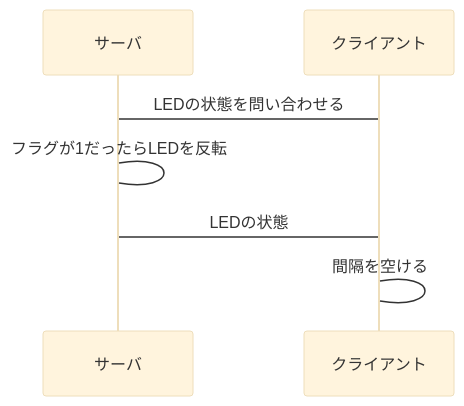
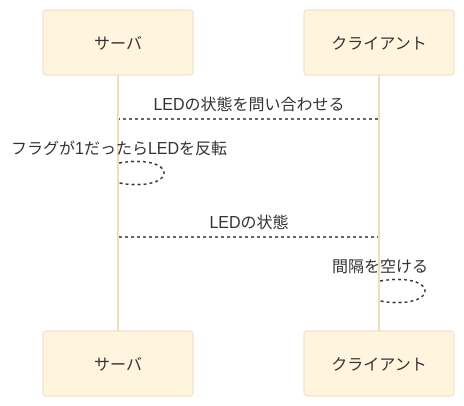
The fifth of 5 diagrams in README.md (asa1729/webpro_06), drawn with Mermaid (base theme) before and after one commit.

````diff
--- a/README.md
+++ b/README.md
@@ -298,12 +298,12 @@
 ```mermaid
 sequenceDiagram
     participant A as サーバ
     participant B as クライアント
 
 
-    B->A: LEDの状態を問い合わせる
-    A->A: フラグが1だったらLEDを反転
-    A->B: LEDの状態
-    B->B: 間隔を空ける
+    B-->A: LEDの状態を問い合わせる
+    A-->A: フラグが1だったらLEDを反転
+    A-->B: LEDの状態
+    B-->B: 間隔を空ける
 
 ```
````
